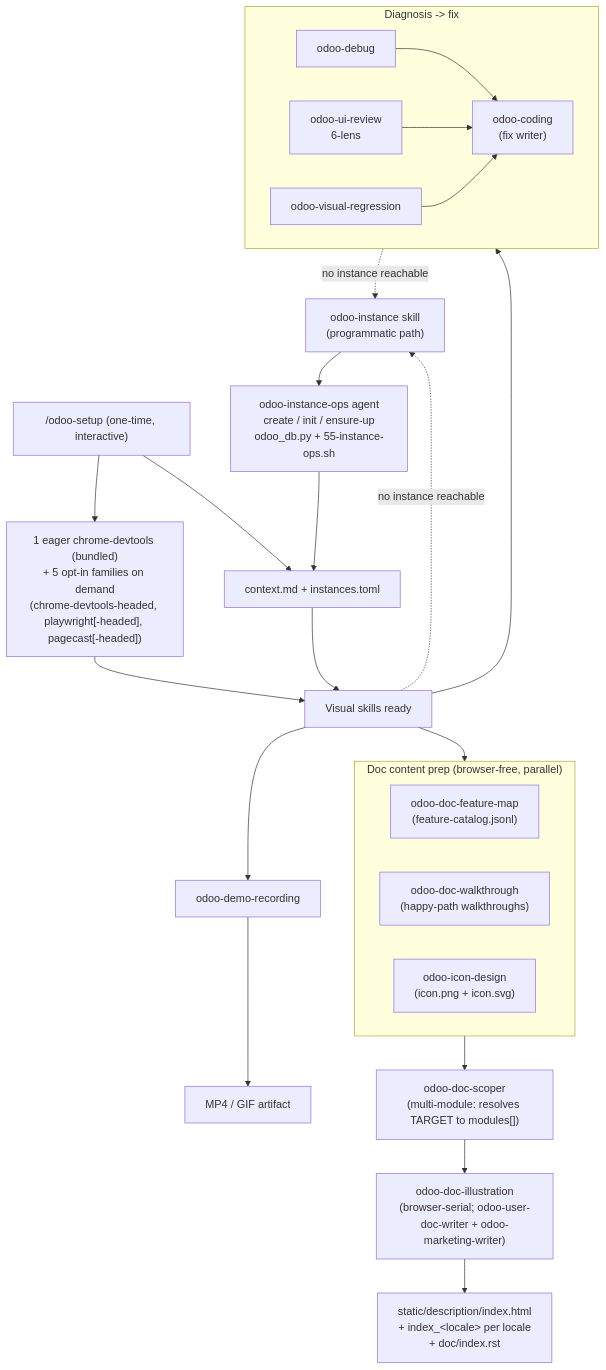
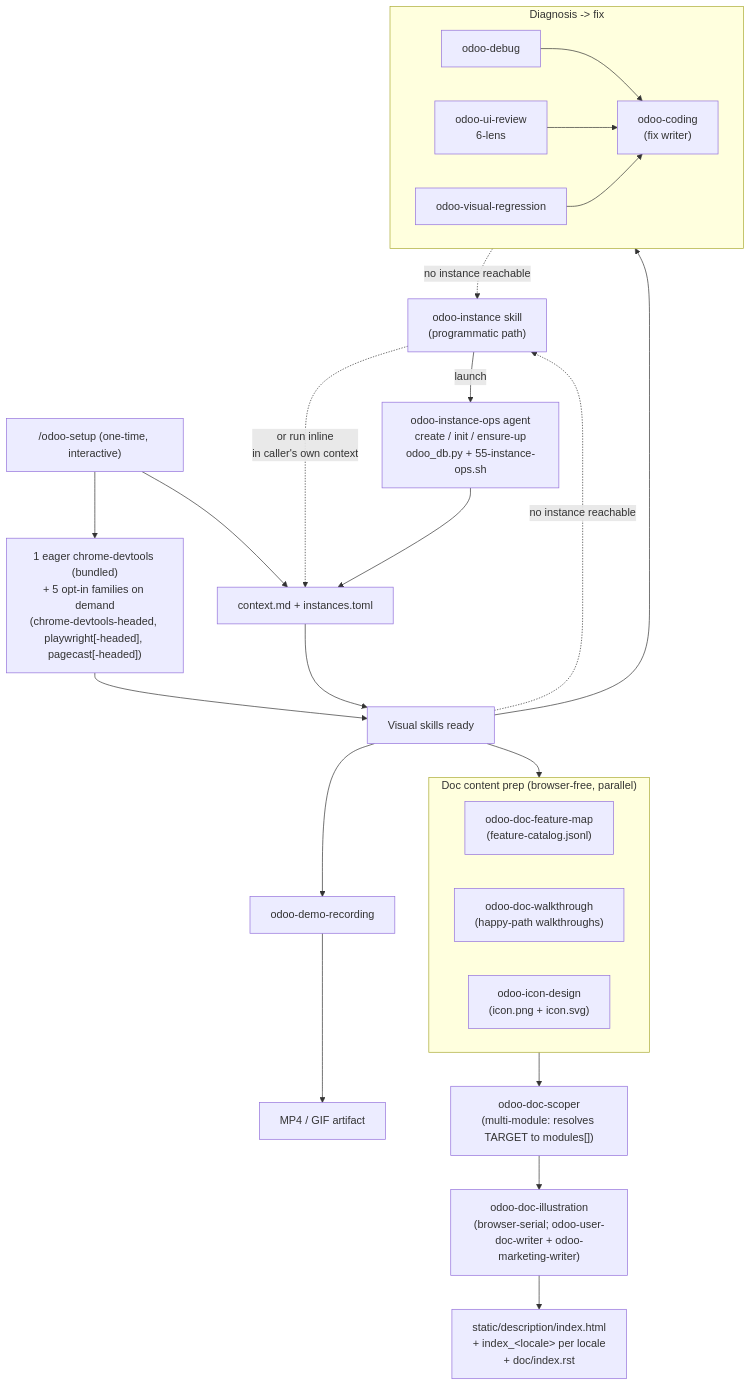
The fourth of 8 diagrams in plugins/odoo-ai-agents/README.md (Viindoo/odoo-mcp-client), drawn with Mermaid before and after one commit. The commit also changed other lines of this file and 58 other files, not shown here.

````diff
--- a/plugins/odoo-ai-agents/README.md
+++ b/plugins/odoo-ai-agents/README.md
@@ -323,37 +323,38 @@
 ```mermaid
 flowchart TD
     SETUP["/odoo-setup (one-time, interactive)"]
     SETUP --> MCPW["1 eager chrome-devtools (bundled)<br/>+ 5 opt-in families on demand<br/>(chrome-devtools-headed, playwright[-headed], pagecast[-headed])"]
     SETUP --> CTX["context.md + instances.toml"]
 
     INST["odoo-instance skill<br/>(programmatic path)"]
-    INST --> IOPS["odoo-instance-ops agent<br/>create / init / ensure-up<br/>odoo_db.py + 55-instance-ops.sh"]
+    INST -->|"launch"| IOPS["odoo-instance-ops agent<br/>create / init / ensure-up<br/>odoo_db.py + 55-instance-ops.sh"]
+    INST -.->|"or run inline<br/>in caller's own context"| CTX
     IOPS --> CTX
 
     MCPW --> SK["Visual skills ready"]
     CTX --> SK
 
     subgraph FIX_SKILLS["Diagnosis -> fix"]
         UID["odoo-debug"] --> FC["odoo-coding<br/>(fix writer)"]
         UIR["odoo-ui-review<br/>6-lens"] --> FC
         VR["odoo-visual-regression"] --> FC
     end
 
     SK --> FIX_SKILLS
     SK --> DR["odoo-demo-recording"]
     DR --> MEDIA["MP4 / GIF artifact"]
 
     subgraph DOC_PREP["Doc content prep (browser-free, parallel)"]
         FMP["odoo-doc-feature-map<br/>(feature-catalog.jsonl)"]
         WLK["odoo-doc-walkthrough<br/>(happy-path walkthroughs)"]
         ICN["odoo-icon-design<br/>(icon.png + icon.svg)"]
     end
 
     SK --> DOC_PREP
     DOC_PREP --> DOCSCOPER["odoo-doc-scoper<br/>(multi-module: resolves TARGET to modules[])"]
     DOCSCOPER --> DOCILL["odoo-doc-illustration<br/>(browser-serial; odoo-user-doc-writer + odoo-marketing-writer)"]
     DOCILL --> DOCOUT["static/description/index.html<br/>+ index_&lt;locale&gt; per locale<br/>+ doc/index.rst"]
 
     FIX_SKILLS -. "no instance reachable" .-> INST
     SK -. "no instance reachable" .-> INST
 ```
````
